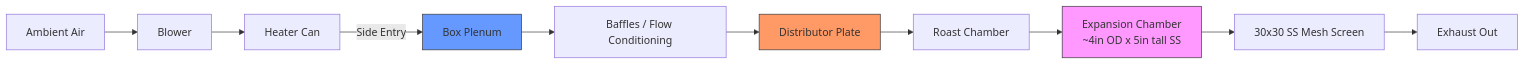
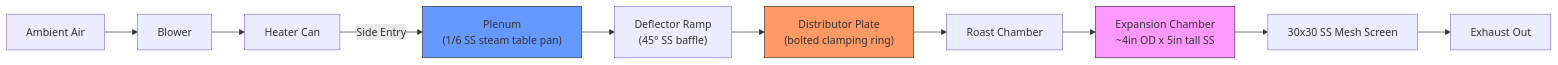
Before and after one commit to tom-jordan23/roaster: the first of 4 diagrams in docs/system/block-diagram.md, drawn with Mermaid. The commit also changed 4 other files, not shown here.

````diff
--- a/docs/system/block-diagram.md
+++ b/docs/system/block-diagram.md
@@ -16,16 +16,16 @@
 ```mermaid
 flowchart LR
     A[Ambient Air] --> B[Blower]
     B --> C[Heater Can]
-    C -->|Side Entry| D[Box Plenum]
-    D --> E[Baffles / Flow Conditioning]
-    E --> F[Distributor Plate]
+    C -->|Side Entry| D["Plenum\n(1/6 SS steam table pan)"]
+    D --> E["Deflector Ramp\n(45° SS baffle)"]
+    E --> F["Distributor Plate\n(bolted clamping ring)"]
     F --> G[Roast Chamber]
     G --> H[Expansion Chamber\n~4in OD x 5in tall SS]
     H --> J[30x30 SS Mesh Screen]
     J --> I[Exhaust Out]
 
     style F fill:#f96,stroke:#333
     style D fill:#69f,stroke:#333
     style H fill:#f9f,stroke:#333
 ```
````
